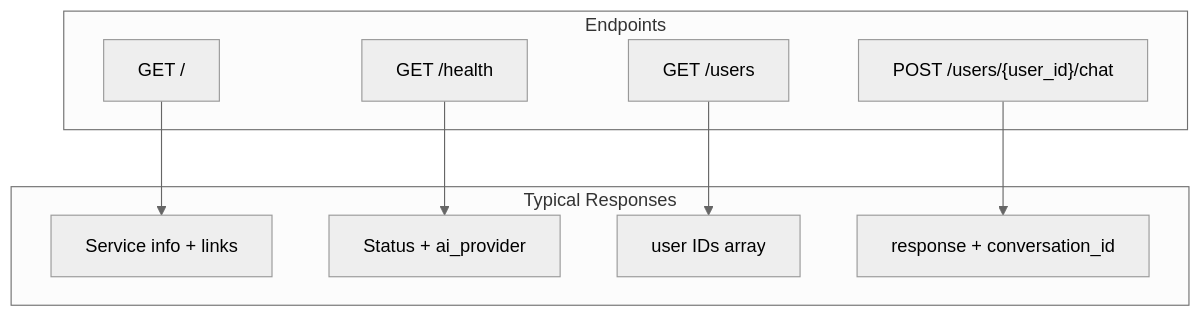
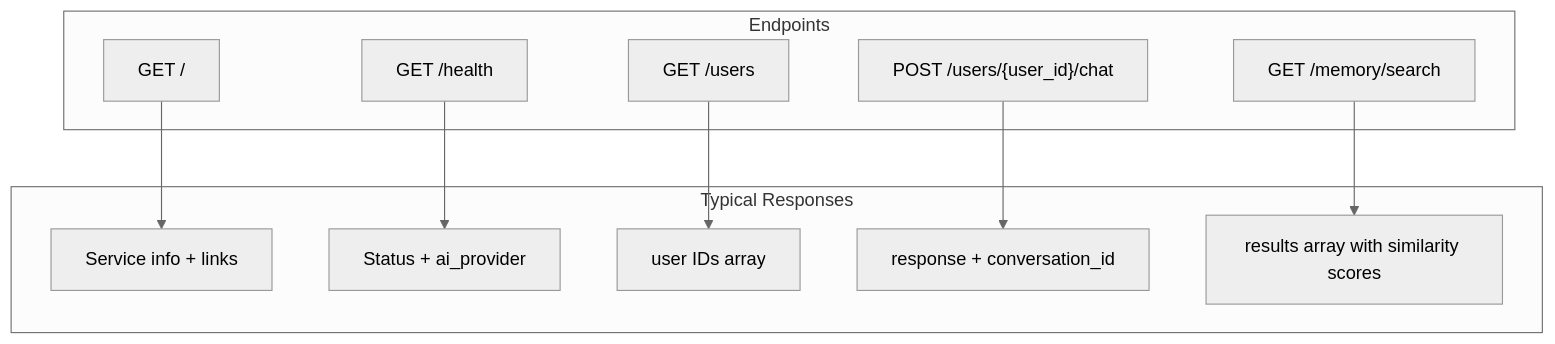
The first of 2 diagrams in docs/API.md (StevenGann/Gregory), drawn with Mermaid (neutral theme) before and after one commit. The commit also changed other lines of this file and 15 other files, not shown here.

````diff
--- a/docs/API.md
+++ b/docs/API.md
@@ -12,16 +12,18 @@
 ```mermaid
 flowchart TB
     subgraph endpoints [Endpoints]
         Root["GET /"]
         Health["GET /health"]
         Users["GET /users"]
         Chat["POST /users/{user_id}/chat"]
+        MemSearch["GET /memory/search"]
     end
 
     subgraph responses [Typical Responses]
         Root --> RootResp[Service info + links]
         Health --> HealthResp[Status + ai_provider]
         Users --> UsersResp[user IDs array]
         Chat --> ChatResp[response + conversation_id]
+        MemSearch --> MemResp[results array with similarity scores]
     end
 ```
````
